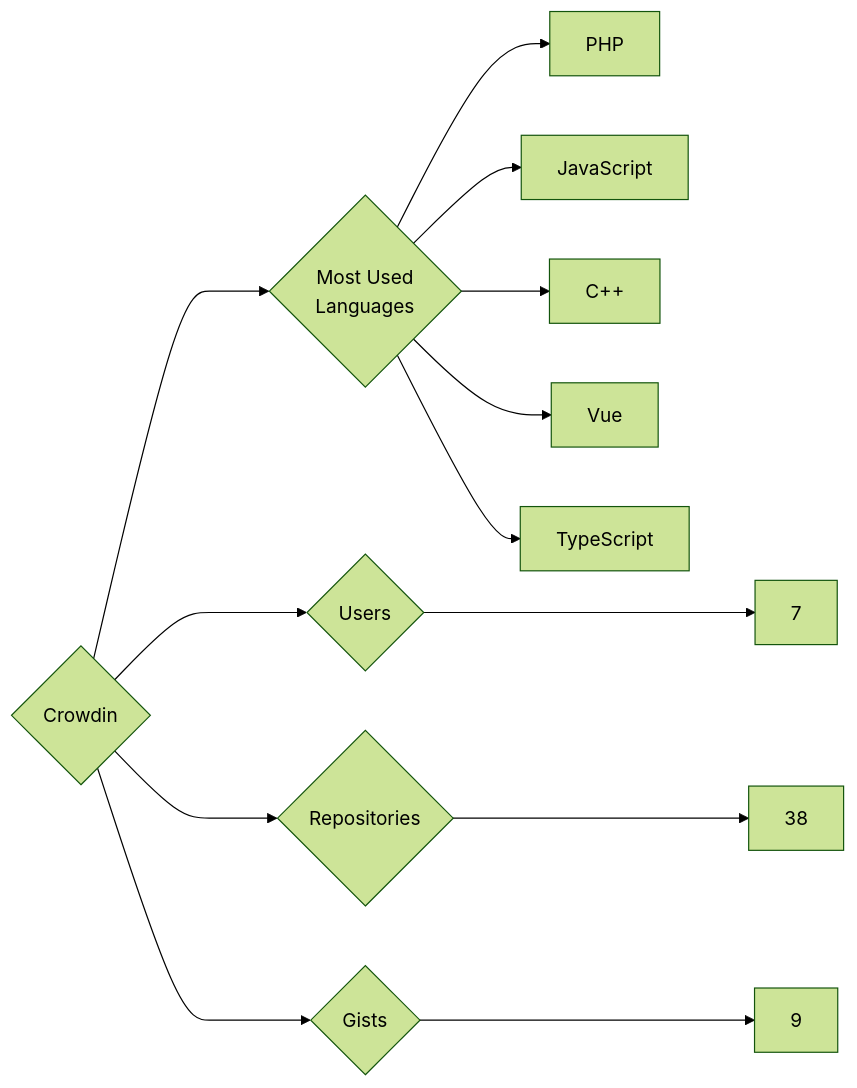
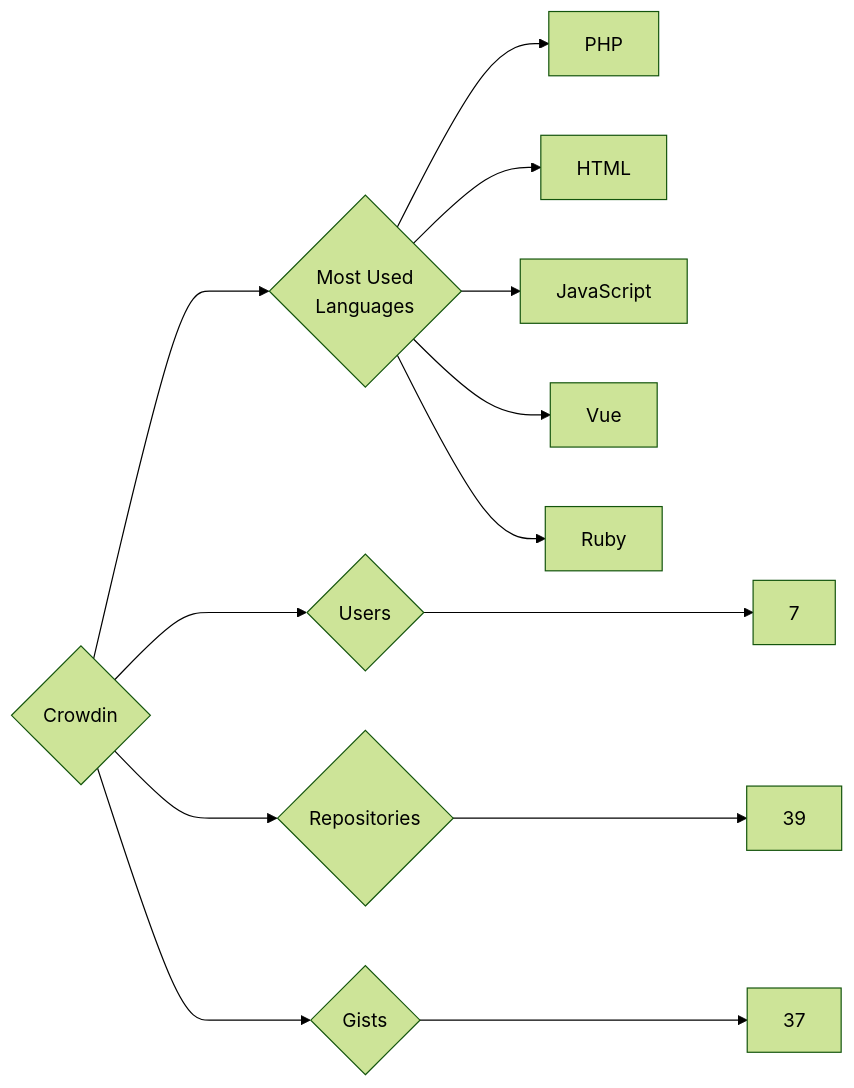
Before and after one commit to trickest/insiders: the diagram in targets/Crowdin/README.md, drawn with Mermaid (forest theme). The commit also changed 924 other files, not shown here.

````diff
--- a/targets/Crowdin/README.md
+++ b/targets/Crowdin/README.md
@@ -3,13 +3,13 @@
 ```mermaid
 graph LR
 COMPANY_NAME{Crowdin}
 COMPANY_NAME ---> U{Users} ---> UN[7]
-COMPANY_NAME ---> R{Repositories} ---> RN[38]
-COMPANY_NAME ---> G{Gists} ---> GN[9]
+COMPANY_NAME ---> R{Repositories} ---> RN[39]
+COMPANY_NAME ---> G{Gists} ---> GN[37]
 COMPANY_NAME ---> ML{Most Used<br>Languages}
-ML --> PHP
-ML --> JavaScript
-ML --> C++
-ML --> Vue
-ML --> TypeScript
+ML --> PHP[PHP]
+ML --> HTML[HTML]
+ML --> JavaScript[JavaScript]
+ML --> Vue[Vue]
+ML --> Ruby[Ruby]
 ```
````
